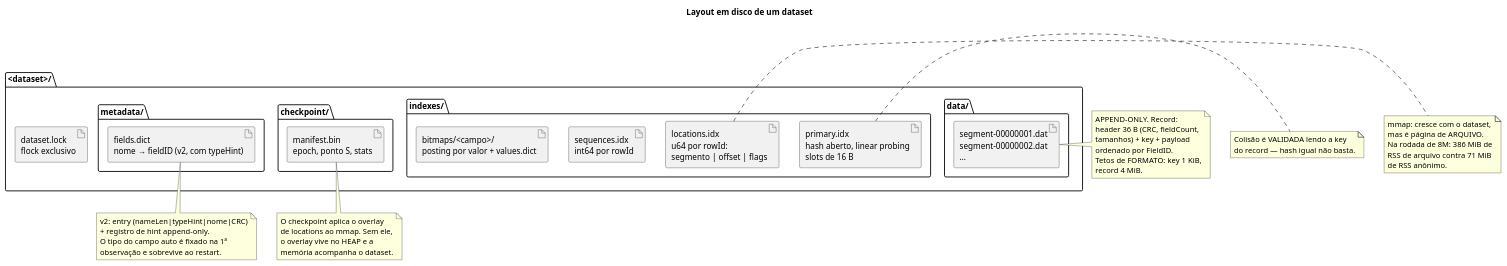
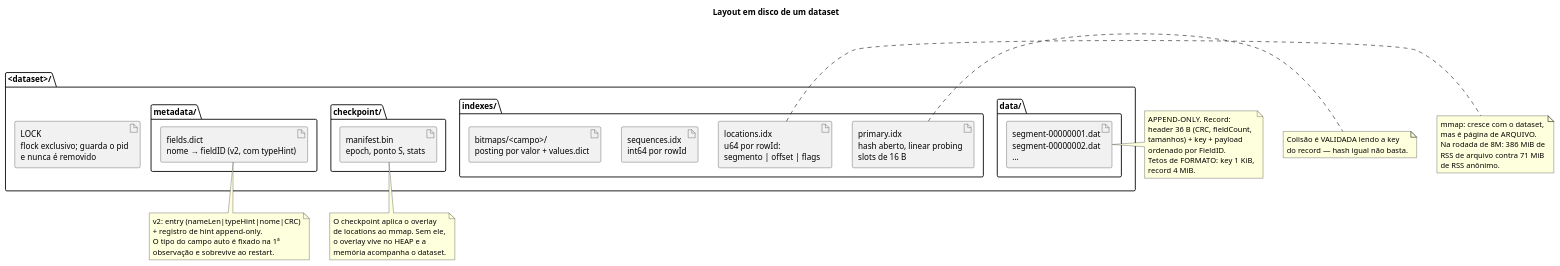
The diagram in docs/diagrams/storage_layout.puml (nishisan-dev/nishidb), drawn with PlantUML before and after one commit. The commit also changed 4 other files, not shown here.

```diff
--- a/docs/diagrams/storage_layout.puml
+++ b/docs/diagrams/storage_layout.puml
@@ -1,60 +1,60 @@
 @startuml storage_layout
 title Layout em disco de um dataset
 
 skinparam componentStyle rectangle
 
 folder "<dataset>/" {
   folder "data/" {
     artifact "segment-00000001.dat\nsegment-00000002.dat\n…" as seg
   }
   folder "indexes/" {
     artifact "primary.idx\nhash aberto, linear probing\nslots de 16 B" as prim
     artifact "locations.idx\nu64 por rowId:\nsegmento | offset | flags" as loc
     artifact "sequences.idx\nint64 por rowId" as seqs
     artifact "bitmaps/<campo>/\nposting por valor + values.dict" as bmp
   }
   folder "metadata/" {
     artifact "fields.dict\nnome → fieldID (v2, com typeHint)" as fd
   }
   folder "checkpoint/" {
     artifact "manifest.bin\nepoch, ponto S, stats" as man
   }
-  artifact "dataset.lock\nflock exclusivo" as lock
+  artifact "LOCK\nflock exclusivo; guarda o pid\ne nunca é removido" as lock
 }
 
 note right of seg
   APPEND-ONLY. Record:
   header 36 B (CRC, fieldCount,
   tamanhos) + key + payload
   ordenado por FieldID.
   Tetos de FORMATO: key 1 KiB,
   record 4 MiB.
 end note
 
 note right of prim
   Colisão é VALIDADA lendo a key
   do record — hash igual não basta.
 end note
 
 note right of loc
   mmap: cresce com o dataset,
   mas é página de ARQUIVO.
   Na rodada de 8M: 386 MiB de
   RSS de arquivo contra 71 MiB
   de RSS anônimo.
 end note
 
 note bottom of man
   O checkpoint aplica o overlay
   de locations ao mmap. Sem ele,
   o overlay vive no HEAP e a
   memória acompanha o dataset.
 end note
 
 note bottom of fd
   v2: entry (nameLen|typeHint|nome|CRC)
   + registro de hint append-only.
   O tipo do campo auto é fixado na 1ª
   observação e sobrevive ao restart.
 end note
 @enduml
```
